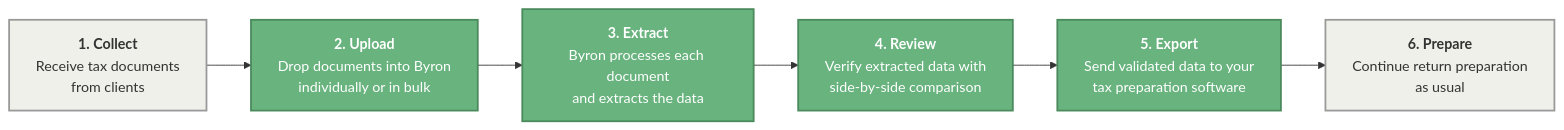
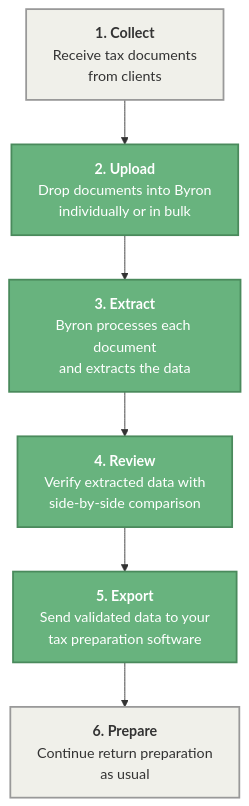
Before and after one commit to Rialto-Financial/docs: the diagram in getting-started/welcome-page.mdx, drawn with Mermaid.

Commit message:
Update welcome page flowchart direction
Mintlify-Source: dashboard-editor

````diff
--- a/getting-started/welcome-page.mdx
+++ b/getting-started/welcome-page.mdx
@@ -66,14 +66,14 @@
 ```mermaid placement="bottom-right"
-flowchart LR
+flowchart TD
     A["<b>1. Collect</b><br/>Receive tax documents<br/>from clients"]:::user
     B["<b>2. Upload</b><br/>Drop documents into Byron<br/>individually or in bulk"]:::byron
     C["<b>3. Extract</b><br/>Byron processes each document<br/>and extracts the data"]:::byron
     D["<b>4. Review</b><br/>Verify extracted data with<br/>side-by-side comparison"]:::byron
     E["<b>5. Export</b><br/>Send validated data to your<br/>tax preparation software"]:::byron
     F["<b>6. Prepare</b><br/>Continue return preparation<br/>as usual"]:::user
 
     A --> B --> C --> D --> E --> F
 
     classDef byron fill:#68b37e,stroke:#4a8a5c,stroke-width:2px,color:#fff
     classDef user fill:#f0f0ea,stroke:#999,stroke-width:2px,color:#333
 ```
````
